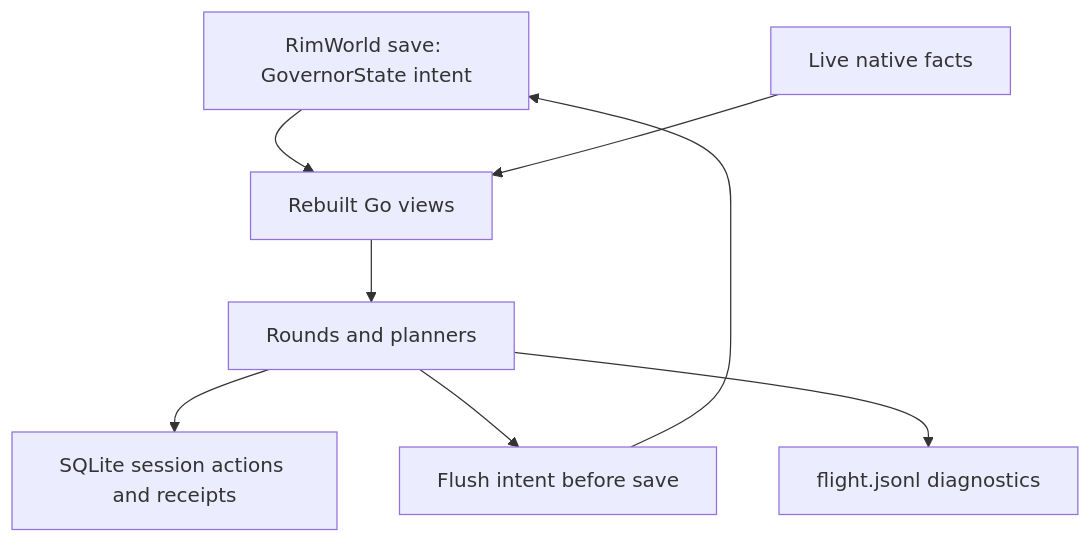
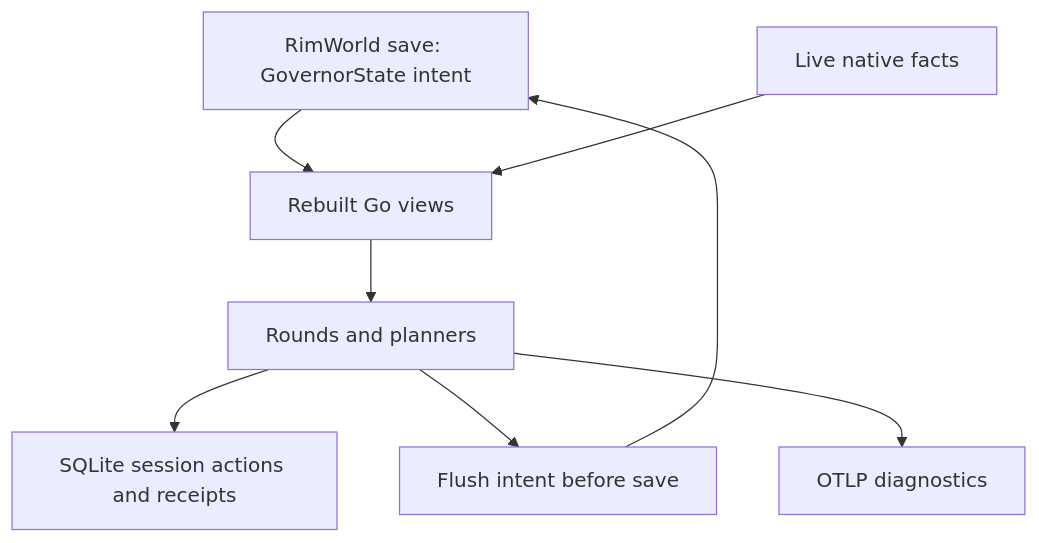
The second of 2 diagrams in docs/developers/architecture/overview.md (davidarcher/rimgovernor), drawn with Mermaid before and after one commit. The commit also changed 136 other files, not shown here.

First line of the commit message:
Retire flight.jsonl: OTLP files are the only log; FlightRecorder, schema v2 and merged readers deleted (#2793)

````diff
--- a/docs/developers/architecture/overview.md
+++ b/docs/developers/architecture/overview.md
@@ -57,10 +57,10 @@
 ```mermaid
 flowchart TD
     Save[RimWorld save: GovernorState intent] --> Views[Rebuilt Go views]
     World[Live native facts] --> Views
     Views --> Review[Rounds and planners]
     Review --> Journal[SQLite session actions and receipts]
     Review --> Flush[Flush intent before save]
     Flush --> Save
-    Review --> Flight[flight.jsonl diagnostics]
+    Review --> Flight[OTLP diagnostics]
 ```
````
